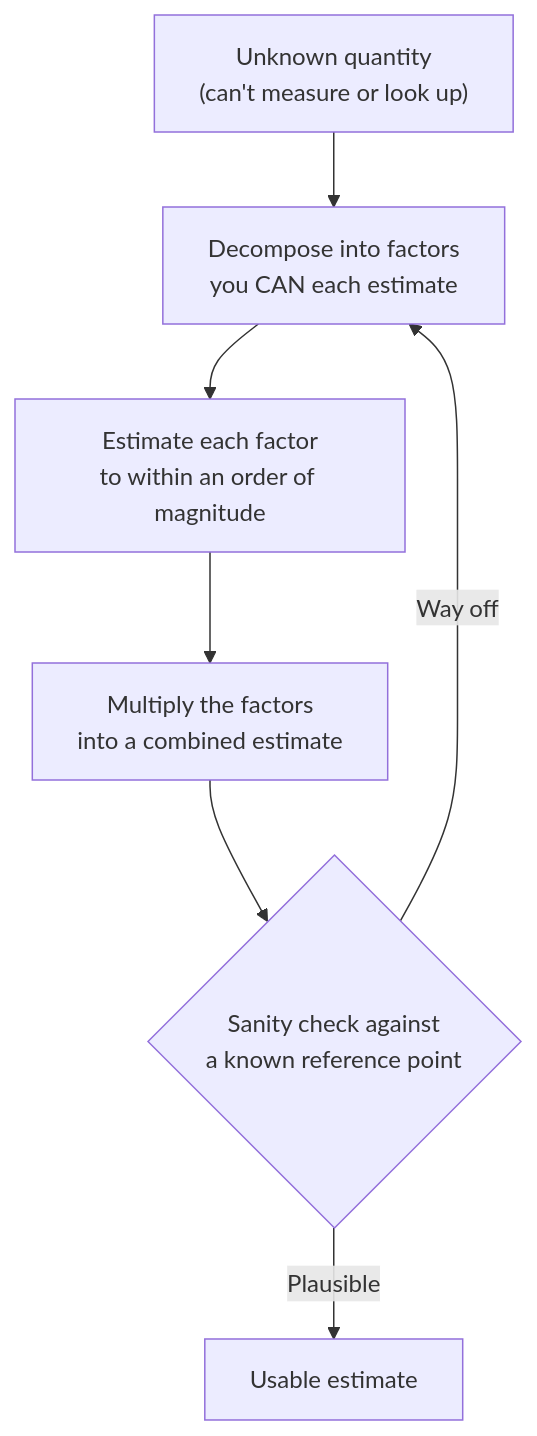
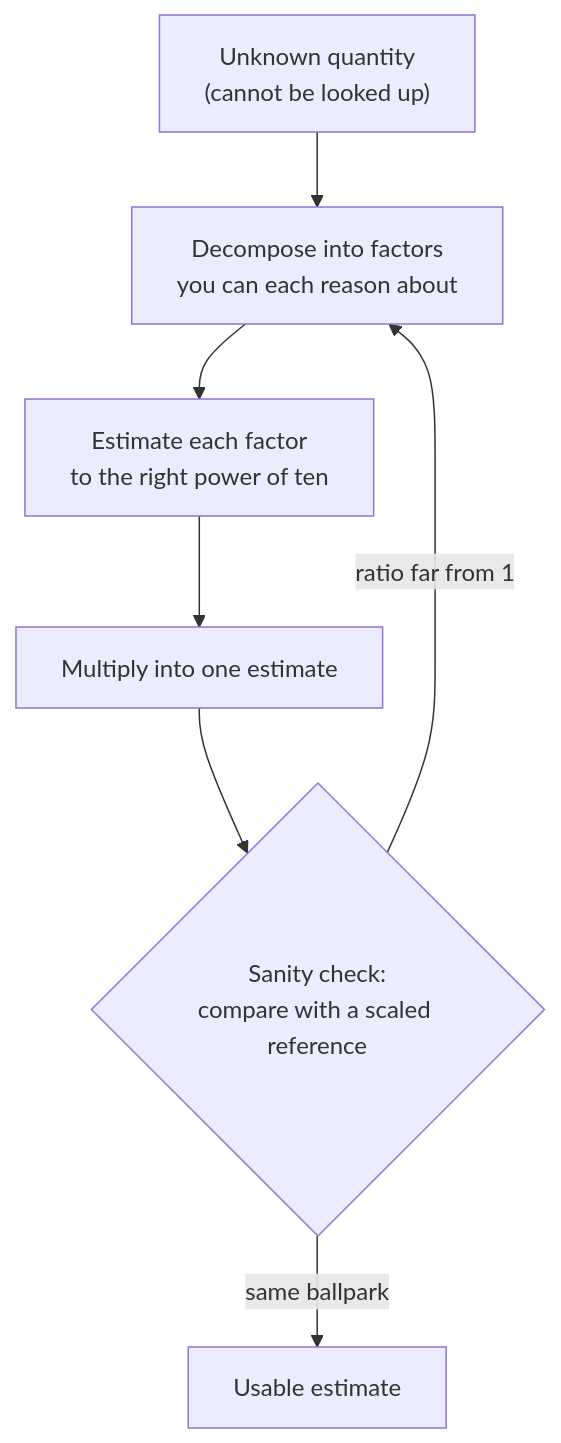
The second of 2 diagrams in src/content/logic/fermi-estimation/L2-concept.mdx (francoandreDev/knowledge), drawn with Mermaid before and after one commit. The commit also changed other lines of this file and 3 other files, not shown here.

````diff
--- a/src/content/logic/fermi-estimation/L2-concept.mdx
+++ b/src/content/logic/fermi-estimation/L2-concept.mdx
@@ -28,9 +118,9 @@
 ```mermaid
 flowchart TD
-    A["Unknown quantity\n(can't measure or look up)"] --> B["Decompose into factors\nyou CAN each estimate"]
-    B --> C["Estimate each factor\nto within an order of magnitude"]
-    C --> D["Multiply the factors\ninto a combined estimate"]
-    D --> E{"Sanity check against\na known reference point"}
-    E -- "Way off" --> B
-    E -- "Plausible" --> F["Usable estimate"]
+    A["Unknown quantity\n(cannot be looked up)"] --> B["Decompose into factors\nyou can each reason about"]
+    B --> C["Estimate each factor\nto the right power of ten"]
+    C --> D["Multiply into one estimate"]
+    D --> E{"Sanity check:\ncompare with a scaled reference"}
+    E -- "ratio far from 1" --> B
+    E -- "same ballpark" --> F["Usable estimate"]
 ```
````
